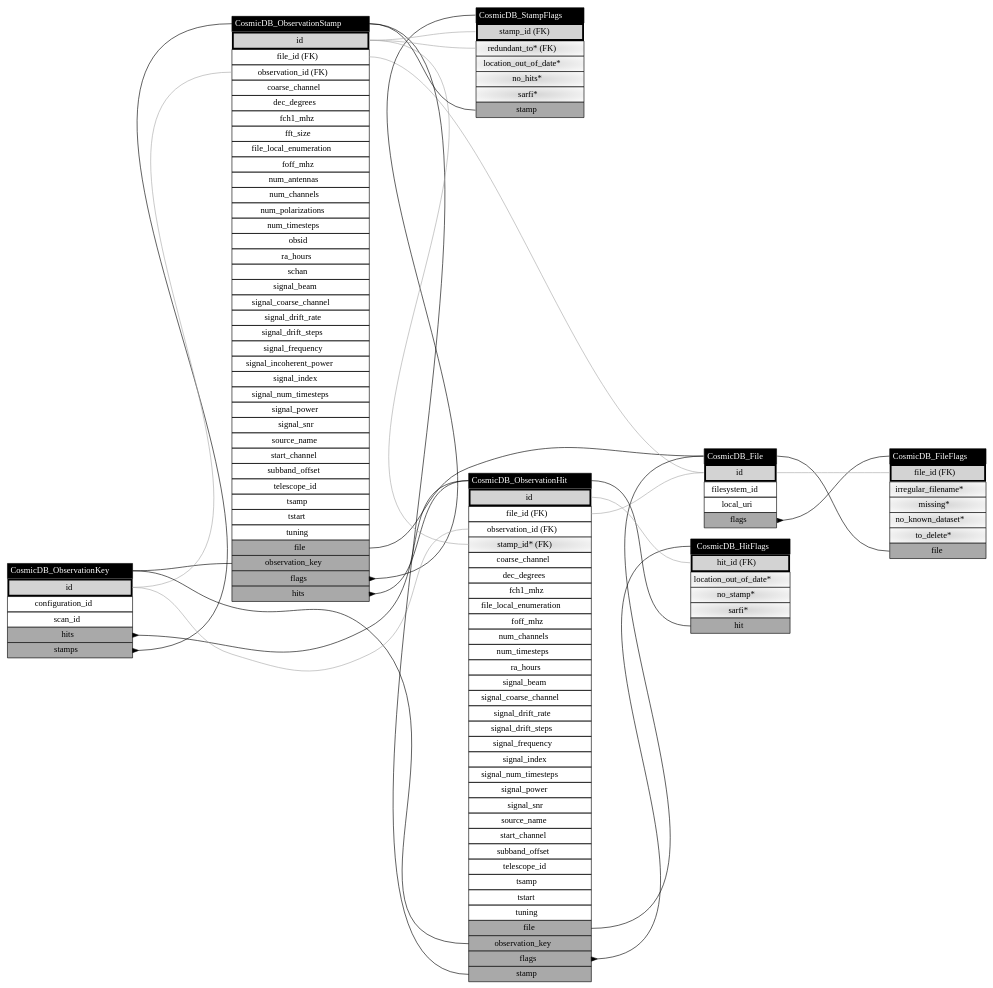
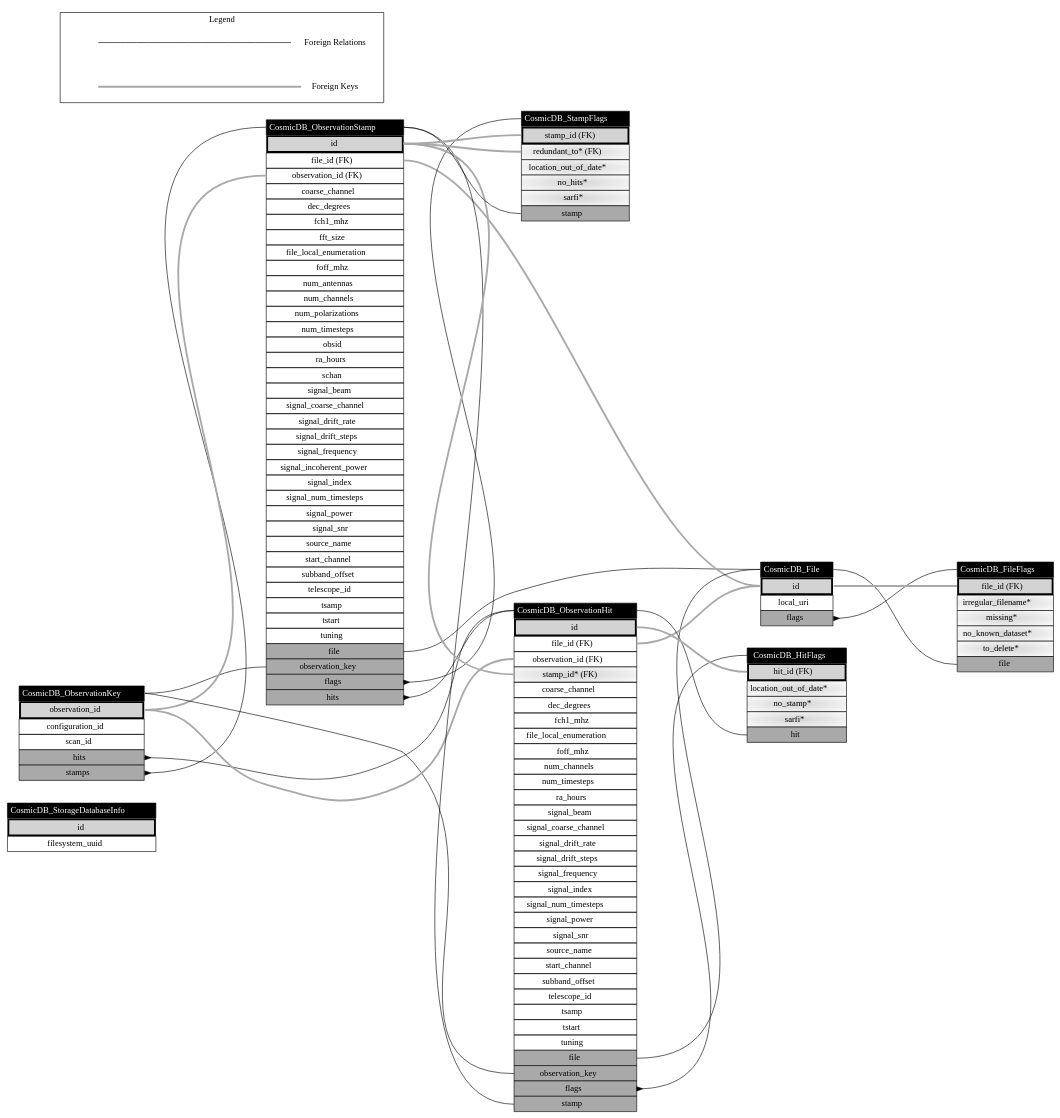
Before and after one commit to COSMIC-SETI/COSMIC-VLA-Database: the diagram in docs/classes_Storage.dot, drawn with Graphviz. The commit also changed 14 other files, not shown here.

Commit message:
++ Observation.archival_filesystem, StorageDatabaseInfo ** README and docs to show dislocated foreign keys

```diff
--- a/docs/classes_Storage.dot
+++ b/docs/classes_Storage.dot
@@ -1,144 +1,160 @@
 digraph CosmicDB_Storage {
 layout=dot;
+nodesep=0.5;
 rankdir=LR;
-ranksep="2.25";
+ranksep=2.5;
+CosmicDB_StorageDatabaseInfo [label=<<table border="0" cellborder="1" cellspacing="0" cellpadding="4">
+	<tr><td bgcolor="black" port="class"><font color="white">CosmicDB_StorageDatabaseInfo</font></td></tr>
+	<tr><td port="pk" bgcolor="lightgrey" border="3">id</td></tr>
+	<tr><td port="filesystem_uuid">filesystem_uuid</td></tr>
+</table>>, shape=plain];
 CosmicDB_ObservationKey [label=<<table border="0" cellborder="1" cellspacing="0" cellpadding="4">
 	<tr><td bgcolor="black" port="class"><font color="white">CosmicDB_ObservationKey</font></td></tr>
-	<tr><td port="pk" bgcolor="lightgrey" border="3">id</td></tr>
+	<tr><td port="pk" bgcolor="lightgrey" border="3">observation_id</td></tr>
 	<tr><td port="configuration_id">configuration_id</td></tr>
 	<tr><td port="scan_id">scan_id</td></tr>
 	<tr><td bgcolor="darkgrey" port="hits">hits</td></tr>
 	<tr><td bgcolor="darkgrey" port="stamps">stamps</td></tr>
 </table>>, shape=plain];
 CosmicDB_File [label=<<table border="0" cellborder="1" cellspacing="0" cellpadding="4">
 	<tr><td bgcolor="black" port="class"><font color="white">CosmicDB_File</font></td></tr>
 	<tr><td port="pk" bgcolor="lightgrey" border="3">id</td></tr>
-	<tr><td port="filesystem_id">filesystem_id</td></tr>
 	<tr><td port="local_uri">local_uri</td></tr>
 	<tr><td bgcolor="darkgrey" port="flags">flags</td></tr>
 </table>>, shape=plain];
 CosmicDB_FileFlags [label=<<table border="0" cellborder="1" cellspacing="0" cellpadding="4">
 	<tr><td bgcolor="black" port="class"><font color="white">CosmicDB_FileFlags</font></td></tr>
 	<tr><td port="pk" bgcolor="lightgrey" border="3">file_id (FK)</td></tr>
 	<tr><td port="irregular_filename" bgcolor="lightgrey:white" style="radial">irregular_filename*</td></tr>
 	<tr><td port="missing" bgcolor="lightgrey:white" style="radial">missing*</td></tr>
 	<tr><td port="no_known_dataset" bgcolor="lightgrey:white" style="radial">no_known_dataset*</td></tr>
 	<tr><td port="to_delete" bgcolor="lightgrey:white" style="radial">to_delete*</td></tr>
 	<tr><td bgcolor="darkgrey" port="file">file</td></tr>
 </table>>, shape=plain];
 CosmicDB_ObservationStamp [label=<<table border="0" cellborder="1" cellspacing="0" cellpadding="4">
 	<tr><td bgcolor="black" port="class"><font color="white">CosmicDB_ObservationStamp</font></td></tr>
 	<tr><td port="pk" bgcolor="lightgrey" border="3">id</td></tr>
 	<tr><td port="file_id">file_id (FK)</td></tr>
 	<tr><td port="observation_id">observation_id (FK)</td></tr>
 	<tr><td port="coarse_channel">coarse_channel</td></tr>
 	<tr><td port="dec_degrees">dec_degrees</td></tr>
 	<tr><td port="fch1_mhz">fch1_mhz</td></tr>
 	<tr><td port="fft_size">fft_size</td></tr>
 	<tr><td port="file_local_enumeration">file_local_enumeration</td></tr>
 	<tr><td port="foff_mhz">foff_mhz</td></tr>
 	<tr><td port="num_antennas">num_antennas</td></tr>
 	<tr><td port="num_channels">num_channels</td></tr>
 	<tr><td port="num_polarizations">num_polarizations</td></tr>
 	<tr><td port="num_timesteps">num_timesteps</td></tr>
 	<tr><td port="obsid">obsid</td></tr>
 	<tr><td port="ra_hours">ra_hours</td></tr>
 	<tr><td port="schan">schan</td></tr>
 	<tr><td port="signal_beam">signal_beam</td></tr>
 	<tr><td port="signal_coarse_channel">signal_coarse_channel</td></tr>
 	<tr><td port="signal_drift_rate">signal_drift_rate</td></tr>
 	<tr><td port="signal_drift_steps">signal_drift_steps</td></tr>
 	<tr><td port="signal_frequency">signal_frequency</td></tr>
 	<tr><td port="signal_incoherent_power">signal_incoherent_power</td></tr>
 	<tr><td port="signal_index">signal_index</td></tr>
 	<tr><td port="signal_num_timesteps">signal_num_timesteps</td></tr>
 	<tr><td port="signal_power">signal_power</td></tr>
 	<tr><td port="signal_snr">signal_snr</td></tr>
 	<tr><td port="source_name">source_name</td></tr>
 	<tr><td port="start_channel">start_channel</td></tr>
 	<tr><td port="subband_offset">subband_offset</td></tr>
 	<tr><td port="telescope_id">telescope_id</td></tr>
 	<tr><td port="tsamp">tsamp</td></tr>
 	<tr><td port="tstart">tstart</td></tr>
 	<tr><td port="tuning">tuning</td></tr>
 	<tr><td bgcolor="darkgrey" port="file">file</td></tr>
 	<tr><td bgcolor="darkgrey" port="observation_key">observation_key</td></tr>
 	<tr><td bgcolor="darkgrey" port="flags">flags</td></tr>
 	<tr><td bgcolor="darkgrey" port="hits">hits</td></tr>
 </table>>, shape=plain];
 CosmicDB_ObservationHit [label=<<table border="0" cellborder="1" cellspacing="0" cellpadding="4">
 	<tr><td bgcolor="black" port="class"><font color="white">CosmicDB_ObservationHit</font></td></tr>
 	<tr><td port="pk" bgcolor="lightgrey" border="3">id</td></tr>
 	<tr><td port="file_id">file_id (FK)</td></tr>
 	<tr><td port="observation_id">observation_id (FK)</td></tr>
 	<tr><td port="stamp_id" bgcolor="lightgrey:white" style="radial">stamp_id* (FK)</td></tr>
 	<tr><td port="coarse_channel">coarse_channel</td></tr>
 	<tr><td port="dec_degrees">dec_degrees</td></tr>
 	<tr><td port="fch1_mhz">fch1_mhz</td></tr>
 	<tr><td port="file_local_enumeration">file_local_enumeration</td></tr>
 	<tr><td port="foff_mhz">foff_mhz</td></tr>
 	<tr><td port="num_channels">num_channels</td></tr>
 	<tr><td port="num_timesteps">num_timesteps</td></tr>
 	<tr><td port="ra_hours">ra_hours</td></tr>
 	<tr><td port="signal_beam">signal_beam</td></tr>
 	<tr><td port="signal_coarse_channel">signal_coarse_channel</td></tr>
 	<tr><td port="signal_drift_rate">signal_drift_rate</td></tr>
 	<tr><td port="signal_drift_steps">signal_drift_steps</td></tr>
 	<tr><td port="signal_frequency">signal_frequency</td></tr>
 	<tr><td port="signal_index">signal_index</td></tr>
 	<tr><td port="signal_num_timesteps">signal_num_timesteps</td></tr>
 	<tr><td port="signal_power">signal_power</td></tr>
 	<tr><td port="signal_snr">signal_snr</td></tr>
 	<tr><td port="source_name">source_name</td></tr>
 	<tr><td port="start_channel">start_channel</td></tr>
 	<tr><td port="subband_offset">subband_offset</td></tr>
 	<tr><td port="telescope_id">telescope_id</td></tr>
 	<tr><td port="tsamp">tsamp</td></tr>
 	<tr><td port="tstart">tstart</td></tr>
 	<tr><td port="tuning">tuning</td></tr>
 	<tr><td bgcolor="darkgrey" port="file">file</td></tr>
 	<tr><td bgcolor="darkgrey" port="observation_key">observation_key</td></tr>
 	<tr><td bgcolor="darkgrey" port="flags">flags</td></tr>
 	<tr><td bgcolor="darkgrey" port="stamp">stamp</td></tr>
 </table>>, shape=plain];
 CosmicDB_HitFlags [label=<<table border="0" cellborder="1" cellspacing="0" cellpadding="4">
 	<tr><td bgcolor="black" port="class"><font color="white">CosmicDB_HitFlags</font></td></tr>
 	<tr><td port="pk" bgcolor="lightgrey" border="3">hit_id (FK)</td></tr>
 	<tr><td port="location_out_of_date" bgcolor="lightgrey:white" style="radial">location_out_of_date*</td></tr>
 	<tr><td port="no_stamp" bgcolor="lightgrey:white" style="radial">no_stamp*</td></tr>
 	<tr><td port="sarfi" bgcolor="lightgrey:white" style="radial">sarfi*</td></tr>
 	<tr><td bgcolor="darkgrey" port="hit">hit</td></tr>
 </table>>, shape=plain];
 CosmicDB_StampFlags [label=<<table border="0" cellborder="1" cellspacing="0" cellpadding="4">
 	<tr><td bgcolor="black" port="class"><font color="white">CosmicDB_StampFlags</font></td></tr>
 	<tr><td port="pk" bgcolor="lightgrey" border="3">stamp_id (FK)</td></tr>
 	<tr><td port="redundant_to" bgcolor="lightgrey:white" style="radial">redundant_to* (FK)</td></tr>
 	<tr><td port="location_out_of_date" bgcolor="lightgrey:white" style="radial">location_out_of_date*</td></tr>
 	<tr><td port="no_hits" bgcolor="lightgrey:white" style="radial">no_hits*</td></tr>
 	<tr><td port="sarfi" bgcolor="lightgrey:white" style="radial">sarfi*</td></tr>
 	<tr><td bgcolor="darkgrey" port="stamp">stamp</td></tr>
 </table>>, shape=plain];
 CosmicDB_ObservationKey:hits -> CosmicDB_ObservationHit:class  [arrowtail=inv, dir=back];
 CosmicDB_ObservationKey:stamps -> CosmicDB_ObservationStamp:class  [arrowtail=inv, dir=back];
 CosmicDB_File:flags -> CosmicDB_FileFlags:class  [arrowtail=inv, dir=back];
 CosmicDB_FileFlags:file -> CosmicDB_File:class  [arrowtail=none, dir=back];
 CosmicDB_ObservationStamp:file -> CosmicDB_File:class  [arrowtail=none, dir=back];
 CosmicDB_ObservationStamp:observation_key -> CosmicDB_ObservationKey:class  [arrowtail=none, dir=back];
 CosmicDB_ObservationStamp:flags -> CosmicDB_StampFlags:class  [arrowtail=inv, dir=back];
 CosmicDB_ObservationStamp:hits -> CosmicDB_ObservationHit:class  [arrowtail=inv, dir=back];
 CosmicDB_ObservationHit:file -> CosmicDB_File:class  [arrowtail=none, dir=back];
 CosmicDB_ObservationHit:observation_key -> CosmicDB_ObservationKey:class  [arrowtail=none, dir=back];
 CosmicDB_ObservationHit:flags -> CosmicDB_HitFlags:class  [arrowtail=inv, dir=back];
 CosmicDB_ObservationHit:stamp -> CosmicDB_ObservationStamp:class  [arrowtail=none, dir=back];
 CosmicDB_HitFlags:hit -> CosmicDB_ObservationHit:class  [arrowtail=none, dir=back];
 CosmicDB_StampFlags:stamp -> CosmicDB_ObservationStamp:class  [arrowtail=none, dir=back];
-CosmicDB_FileFlags:pk -> CosmicDB_File:pk  [arrowtail=none, color=darkgrey, dir=back];
-CosmicDB_ObservationStamp:file_id -> CosmicDB_File:pk  [arrowtail=none, color=darkgrey, dir=back];
-CosmicDB_ObservationStamp:observation_id -> CosmicDB_ObservationKey:pk  [arrowtail=none, color=darkgrey, dir=back];
-CosmicDB_ObservationHit:file_id -> CosmicDB_File:pk  [arrowtail=none, color=darkgrey, dir=back];
-CosmicDB_ObservationHit:observation_id -> CosmicDB_ObservationKey:pk  [arrowtail=none, color=darkgrey, dir=back];
-CosmicDB_ObservationHit:stamp_id -> CosmicDB_ObservationStamp:pk  [arrowtail=none, color=darkgrey, dir=back];
-CosmicDB_HitFlags:pk -> CosmicDB_ObservationHit:pk  [arrowtail=none, color=darkgrey, dir=back];
-CosmicDB_StampFlags:redundant_to -> CosmicDB_ObservationStamp:pk  [arrowtail=none, color=darkgrey, dir=back];
-CosmicDB_StampFlags:pk -> CosmicDB_ObservationStamp:pk  [arrowtail=none, color=darkgrey, dir=back];
+CosmicDB_FileFlags:pk -> CosmicDB_File:pk  [arrowtail=none, color=darkgrey, dir=back, penwidth=3.0];
+CosmicDB_ObservationStamp:file_id -> CosmicDB_File:pk  [arrowtail=none, color=darkgrey, dir=back, penwidth=3.0];
+CosmicDB_ObservationStamp:observation_id -> CosmicDB_ObservationKey:pk  [arrowtail=none, color=darkgrey, dir=back, penwidth=3.0];
+CosmicDB_ObservationHit:file_id -> CosmicDB_File:pk  [arrowtail=none, color=darkgrey, dir=back, penwidth=3.0];
+CosmicDB_ObservationHit:observation_id -> CosmicDB_ObservationKey:pk  [arrowtail=none, color=darkgrey, dir=back, penwidth=3.0];
+CosmicDB_ObservationHit:stamp_id -> CosmicDB_ObservationStamp:pk  [arrowtail=none, color=darkgrey, dir=back, penwidth=3.0];
+CosmicDB_HitFlags:pk -> CosmicDB_ObservationHit:pk  [arrowtail=none, color=darkgrey, dir=back, penwidth=3.0];
+CosmicDB_StampFlags:redundant_to -> CosmicDB_ObservationStamp:pk  [arrowtail=none, color=darkgrey, dir=back, penwidth=3.0];
+CosmicDB_StampFlags:pk -> CosmicDB_ObservationStamp:pk  [arrowtail=none, color=darkgrey, dir=back, penwidth=3.0];
+subgraph legend {
+cluster=True;
+label="Legend";
+"Foreign Relations_0" [label="", shape=none];
+"Foreign Relations_1" [label="Foreign Relations", shape=none];
+"Foreign Relations_0" -> "Foreign Relations_1"  [arrowtail=none, color=black, dir=back];
+"Foreign Keys_0" [label="", shape=none];
+"Foreign Keys_1" [label="Foreign Keys", shape=none];
+"Foreign Keys_0" -> "Foreign Keys_1"  [arrowtail=none, color=darkgrey, dir=back, penwidth=3.0];
 }
+
+}
```
